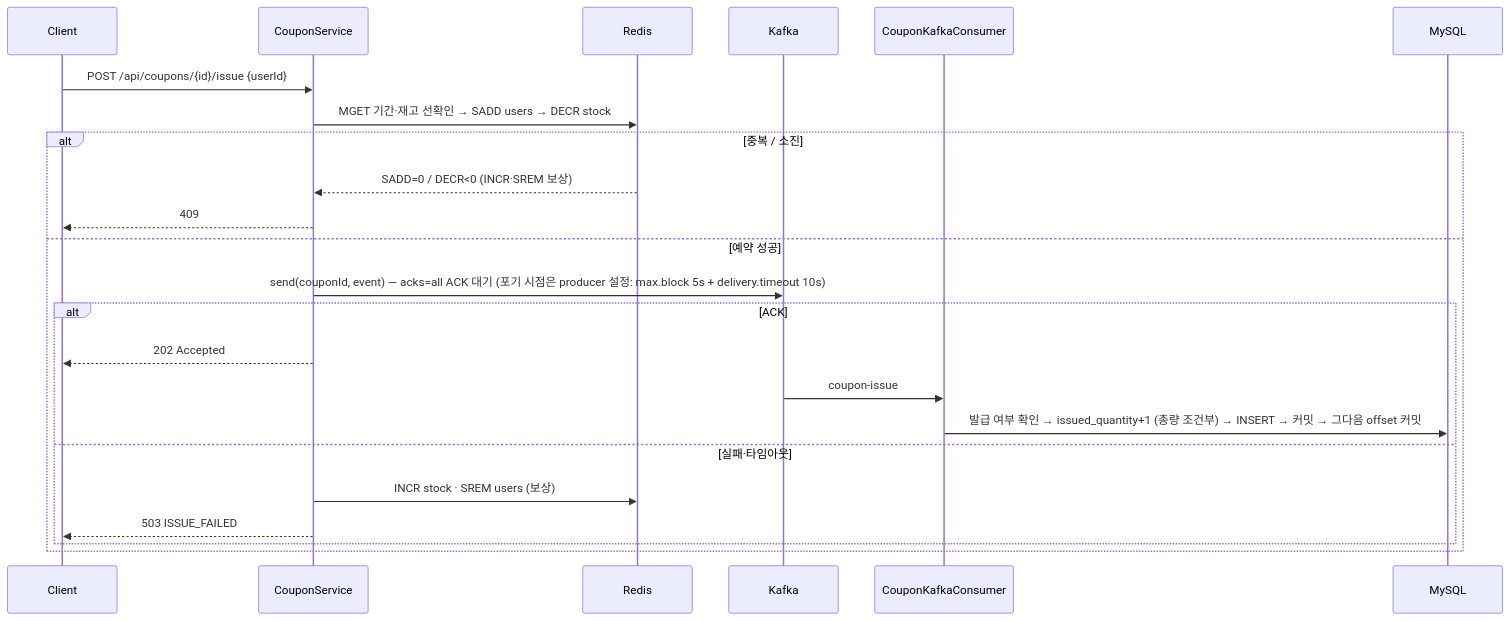
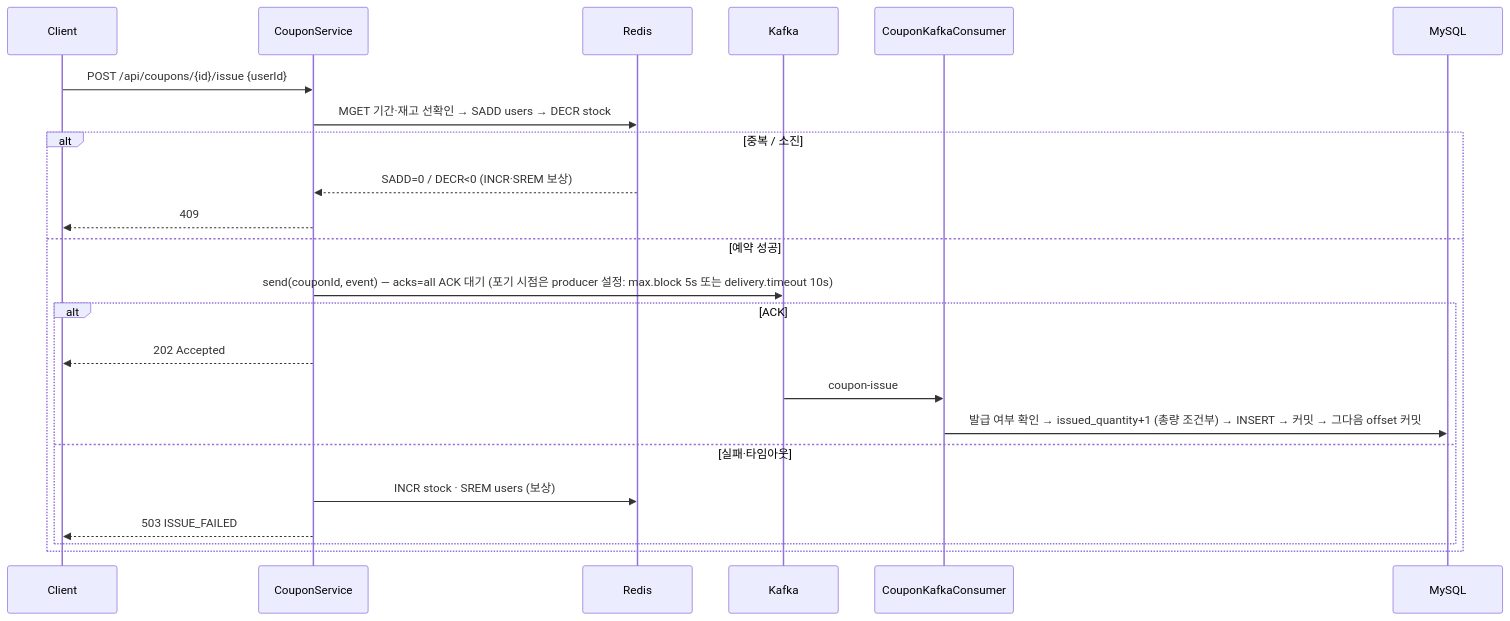
The diagram in 4-coupon_redisHA_kafka/README.md (joejaeyoung/Project-coupon_rush), drawn with Mermaid before and after one commit. The commit also changed other lines of this file and 11 other files, not shown here.

````diff
--- a/4-coupon_redisHA_kafka/README.md
+++ b/4-coupon_redisHA_kafka/README.md
@@ -12,26 +12,26 @@
 ```mermaid
 sequenceDiagram
     participant C as Client
     participant API as CouponService
     participant R as Redis
     participant K as Kafka
     participant CS as CouponKafkaConsumer
     participant DB as MySQL
 
     C->>API: POST /api/coupons/{id}/issue {userId}
     API->>R: MGET 기간·재고 선확인 → SADD users → DECR stock
     alt 중복 / 소진
         R-->>API: SADD=0 / DECR<0 (INCR·SREM 보상)
         API-->>C: 409
     else 예약 성공
-        API->>K: send(couponId, event) — acks=all ACK 대기 (포기 시점은 producer 설정: max.block 5s + delivery.timeout 10s)
+        API->>K: send(couponId, event) — acks=all ACK 대기 (포기 시점은 producer 설정: max.block 5s 또는 delivery.timeout 10s)
         alt ACK
             API-->>C: 202 Accepted
             K->>CS: coupon-issue
             CS->>DB: 발급 여부 확인 → issued_quantity+1 (총량 조건부) → INSERT → 커밋 → 그다음 offset 커밋
         else 실패·타임아웃
             API->>R: INCR stock · SREM users (보상)
             API-->>C: 503 ISSUE_FAILED
         end
     end
 ```
````
